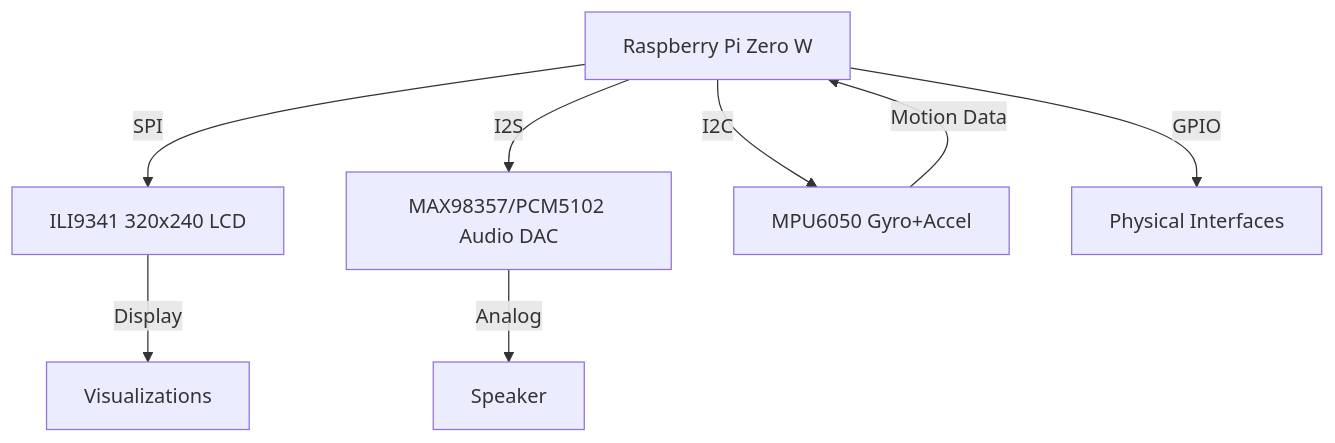
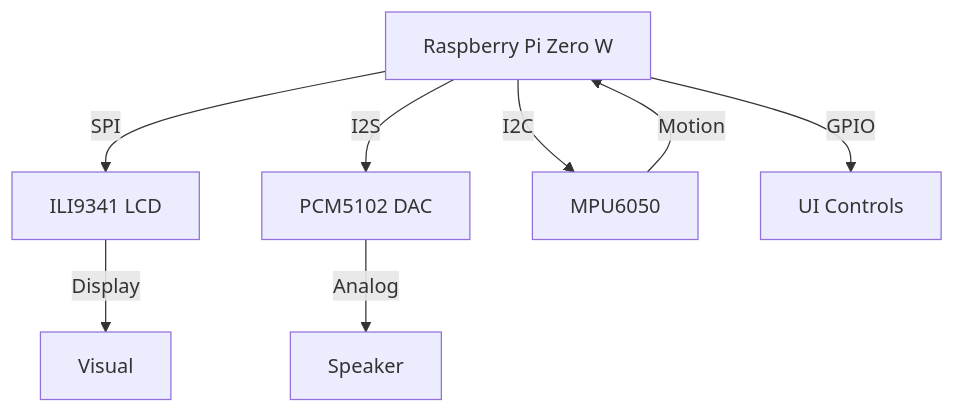
The diagram in README.md (kurogedelic/osga), drawn with Mermaid before and after one commit. The commit also changed other lines of this file, not shown here.

````diff
--- a/README.md
+++ b/README.md
@@ -21,10 +21,10 @@
 ```mermaid
 graph TD
-    RP[ Raspberry Pi Zero W ] -->|SPI| LCD[ILI9341 320x240 LCD]
-    RP -->|I2S| DAC[MAX98357/PCM5102 Audio DAC]
-    RP -->|I2C| IMU[MPU6050 Gyro+Accel]
-    RP -->|GPIO| UI[Physical Interfaces]
+    RP[ Raspberry Pi Zero W ] -->|SPI| LCD[ILI9341 LCD]
+    RP -->|I2S| DAC[PCM5102 DAC]
+    RP -->|I2C| IMU[MPU6050]
+    RP -->|GPIO| UI[UI Controls]
     DAC -->|Analog| SPK[Speaker]
-    IMU -->|Motion Data| RP
-    LCD -->|Display| VIZ[Visualizations]
+    IMU -->|Motion| RP
+    LCD -->|Display| VIZ[Visual]
 ```
````
